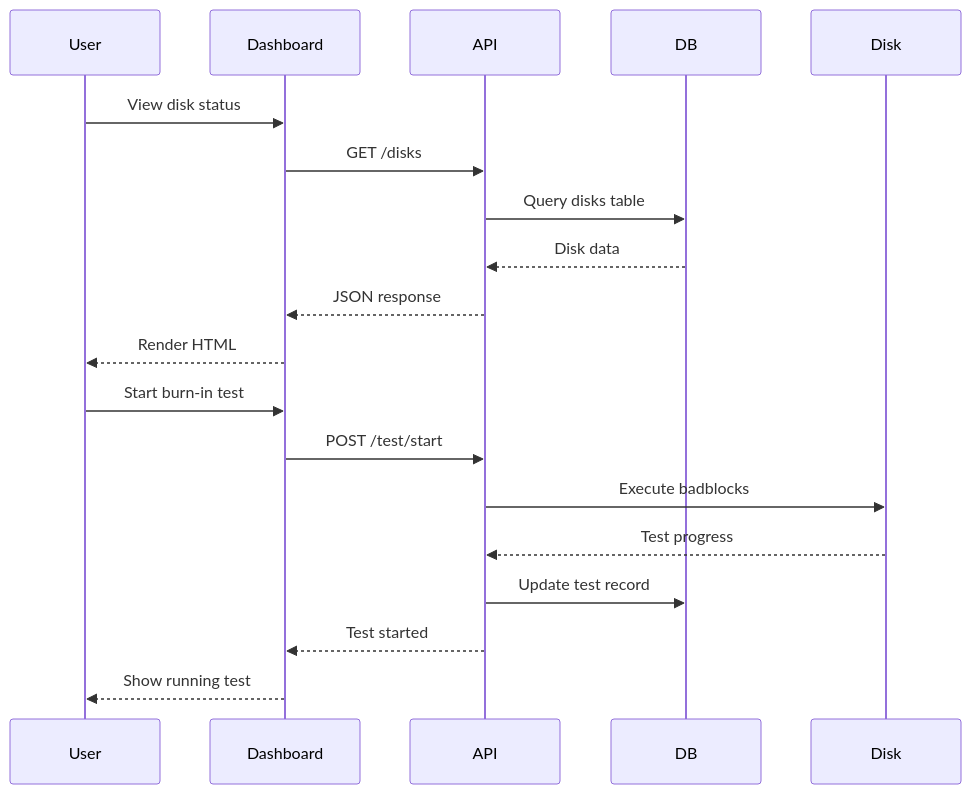
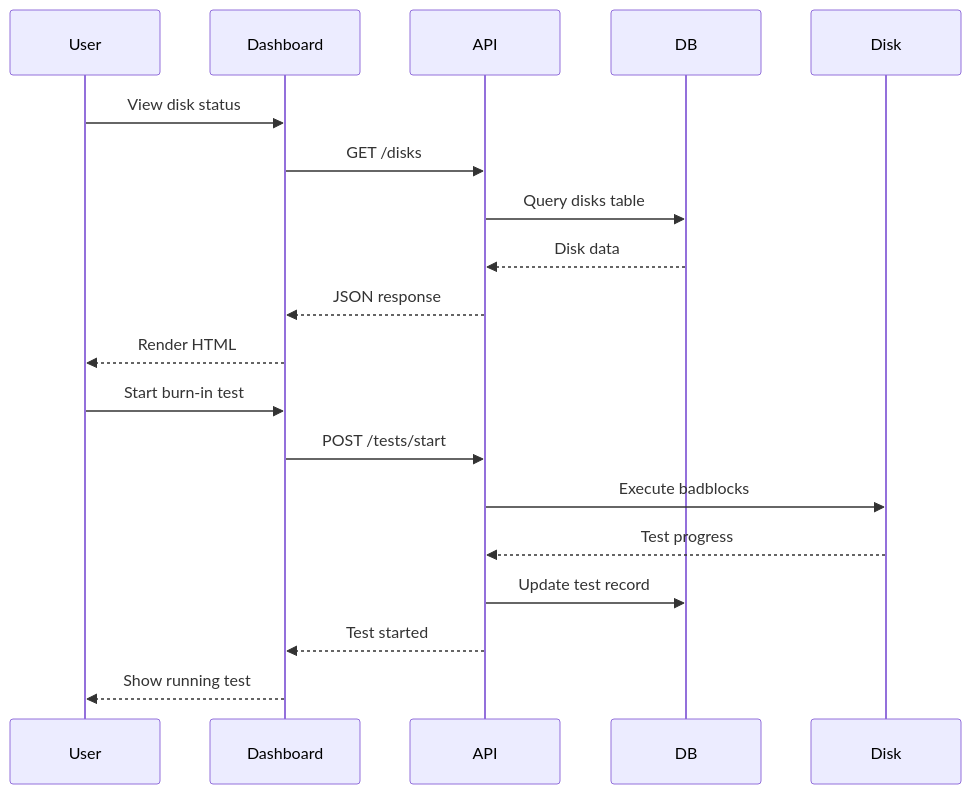
The second of 5 diagrams in README.md (jwcrowley/burnie), drawn with Mermaid before and after one commit. The commit also changed other lines of this file and 1 other file, not shown here.

First line of the commit message:
Fix API endpoints in documentation to match actual code

````diff
--- a/README.md
+++ b/README.md
@@ -74,23 +74,23 @@
 ```mermaid
 sequenceDiagram
     participant User
     participant Dashboard
     participant API
     participant DB
     participant Disk
 
     User->>Dashboard: View disk status
     Dashboard->>API: GET /disks
     API->>DB: Query disks table
     DB-->>API: Disk data
     API-->>Dashboard: JSON response
     Dashboard-->>User: Render HTML
 
     User->>Dashboard: Start burn-in test
-    Dashboard->>API: POST /test/start
+    Dashboard->>API: POST /tests/start
     API->>Disk: Execute badblocks
     Disk-->>API: Test progress
     API->>DB: Update test record
     API-->>Dashboard: Test started
     Dashboard-->>User: Show running test
 ```
````
